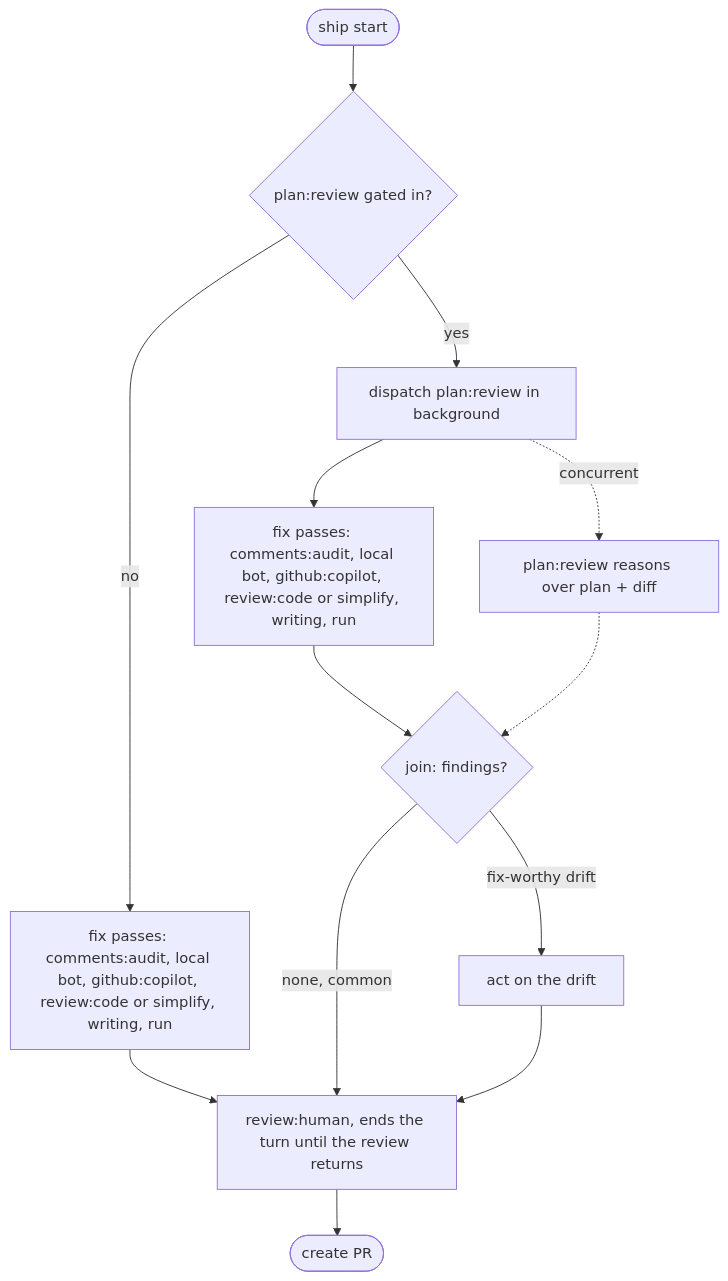
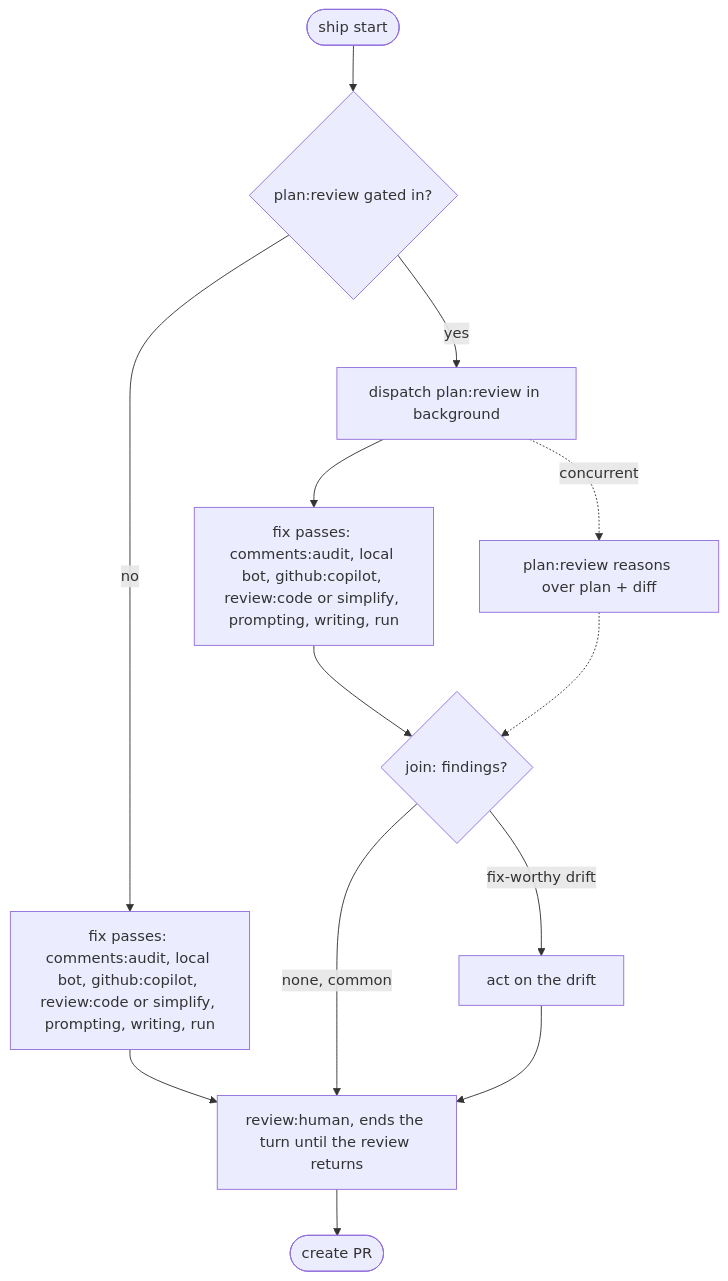
The diagram in user/skills/ship/references/passes.md (bendrucker/claude), drawn with Mermaid before and after one commit. The commit also changed other lines of this file and 1 other file, not shown here.

First line of the commit message:
ship: gate prompt files into prompting, not writing

````diff
--- a/user/skills/ship/references/passes.md
+++ b/user/skills/ship/references/passes.md
@@ -69,15 +70,15 @@
 ```mermaid
 flowchart TD
     S([ship start]) --> G{plan:review gated in?}
-    G -->|no| F1[fix passes: comments:audit, local bot, github:copilot, review:code or simplify, writing, run]
+    G -->|no| F1[fix passes: comments:audit, local bot, github:copilot, review:code or simplify, prompting, writing, run]
     F1 --> H[review:human, ends the turn until the review returns]
     H --> C([create PR])
     G -->|yes| D[dispatch plan:review in background]
-    D --> F2[fix passes: comments:audit, local bot, github:copilot, review:code or simplify, writing, run]
+    D --> F2[fix passes: comments:audit, local bot, github:copilot, review:code or simplify, prompting, writing, run]
     D -. concurrent .-> R[plan:review reasons over plan + diff]
     F2 --> J{join: findings?}
     R -.-> J
     J -->|fix-worthy drift| A[act on the drift]
     J -->|none, common| H
     A --> H
 ```
````
